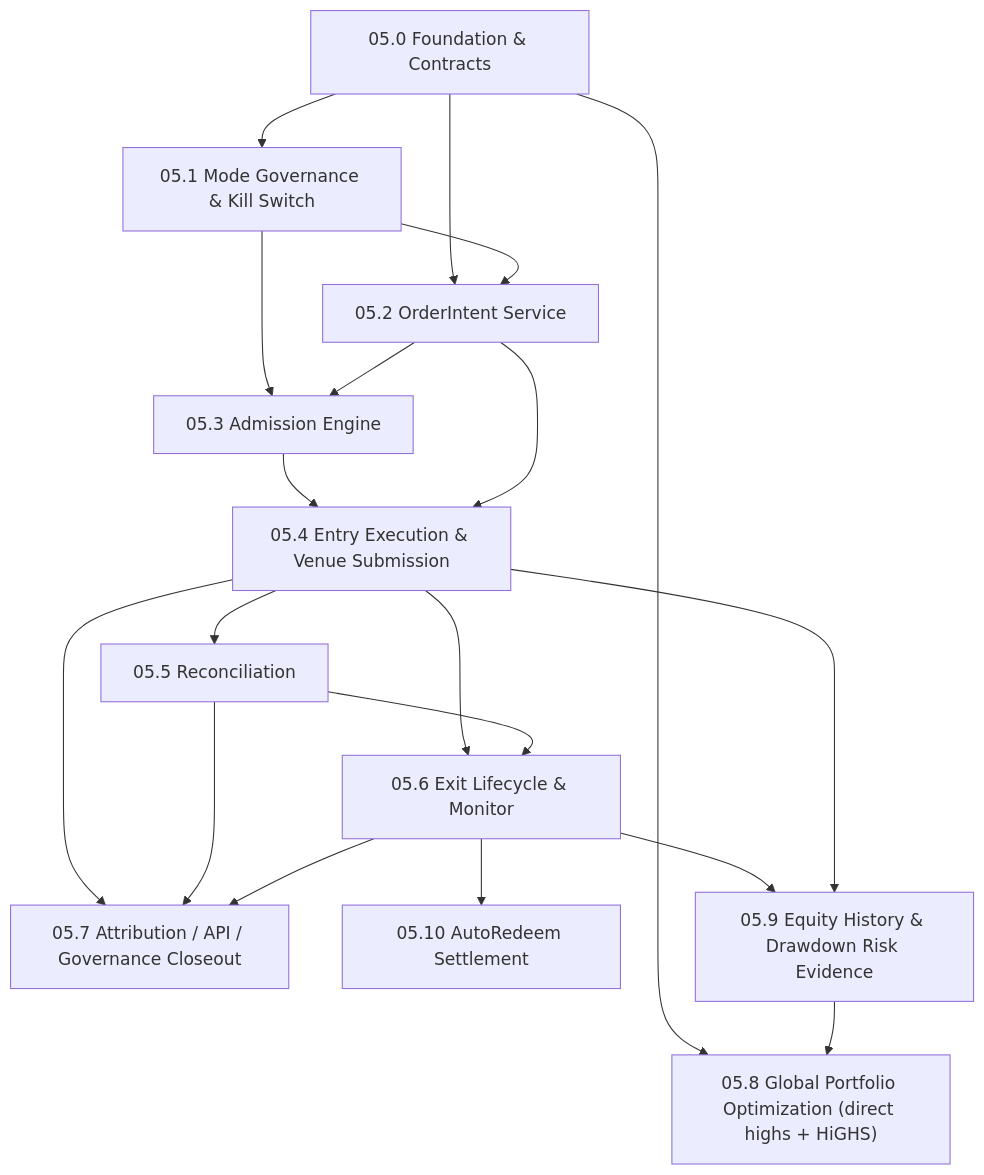
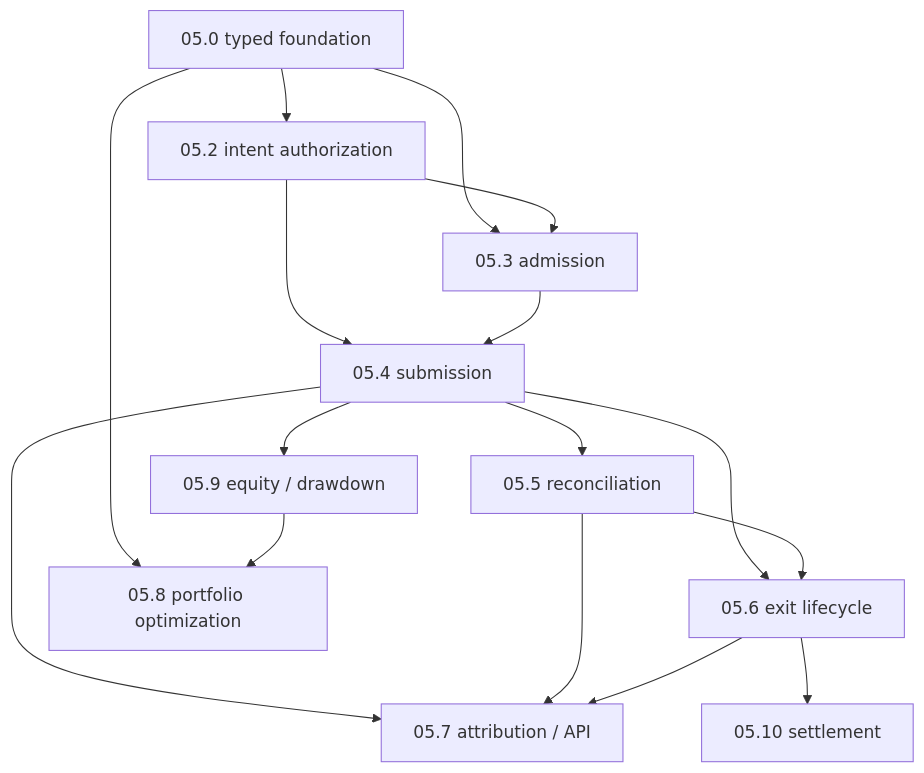
One commit to solomon-ssy/oxide-arb changed the diagram in docs/plans/quant-pivot/phase-05/README.md. Above: the diagram before and after it, drawn with Mermaid. The commit also changed other lines of this file and 563 other files, not shown here.

````diff
--- a/docs/plans/quant-pivot/phase-05/README.md
+++ b/docs/plans/quant-pivot/phase-05/README.md
@@ -71,21 +56,18 @@
 ```mermaid
 flowchart TD
-    P50["05.0 Foundation & Contracts"] --> P51["05.1 Mode Governance & Kill Switch"]
-    P50 --> P52["05.2 OrderIntent Service"]
-    P51 --> P52
-    P51 --> P53["05.3 Admission Engine"]
+    P50["05.0 typed foundation"] --> P52["05.2 intent authorization"]
+    P50 --> P53["05.3 admission"]
     P52 --> P53
-    P53 --> P54["05.4 Entry Execution & Venue Submission"]
-    P52 --> P54
-    P54 --> P55["05.5 Reconciliation"]
-    P54 --> P56["05.6 Exit Lifecycle & Monitor"]
+    P52 --> P54["05.4 submission"]
+    P53 --> P54
+    P54 --> P55["05.5 reconciliation"]
+    P54 --> P56["05.6 exit lifecycle"]
     P55 --> P56
-    P54 --> P57["05.7 Attribution / API / Governance Closeout"]
+    P54 --> P57["05.7 attribution / API"]
     P55 --> P57
     P56 --> P57
-    P56 --> P510["05.10 AutoRedeem Settlement"]
-    P50 --> P58["05.8 Global Portfolio Optimization (direct highs + HiGHS)"]
-    P56 --> P59["05.9 Equity History & Drawdown Risk Evidence"]
-    P54 --> P59
+    P56 --> P510["05.10 settlement"]
+    P50 --> P58["05.8 portfolio optimization"]
+    P54 --> P59["05.9 equity / drawdown"]
     P59 --> P58
 ```
````
